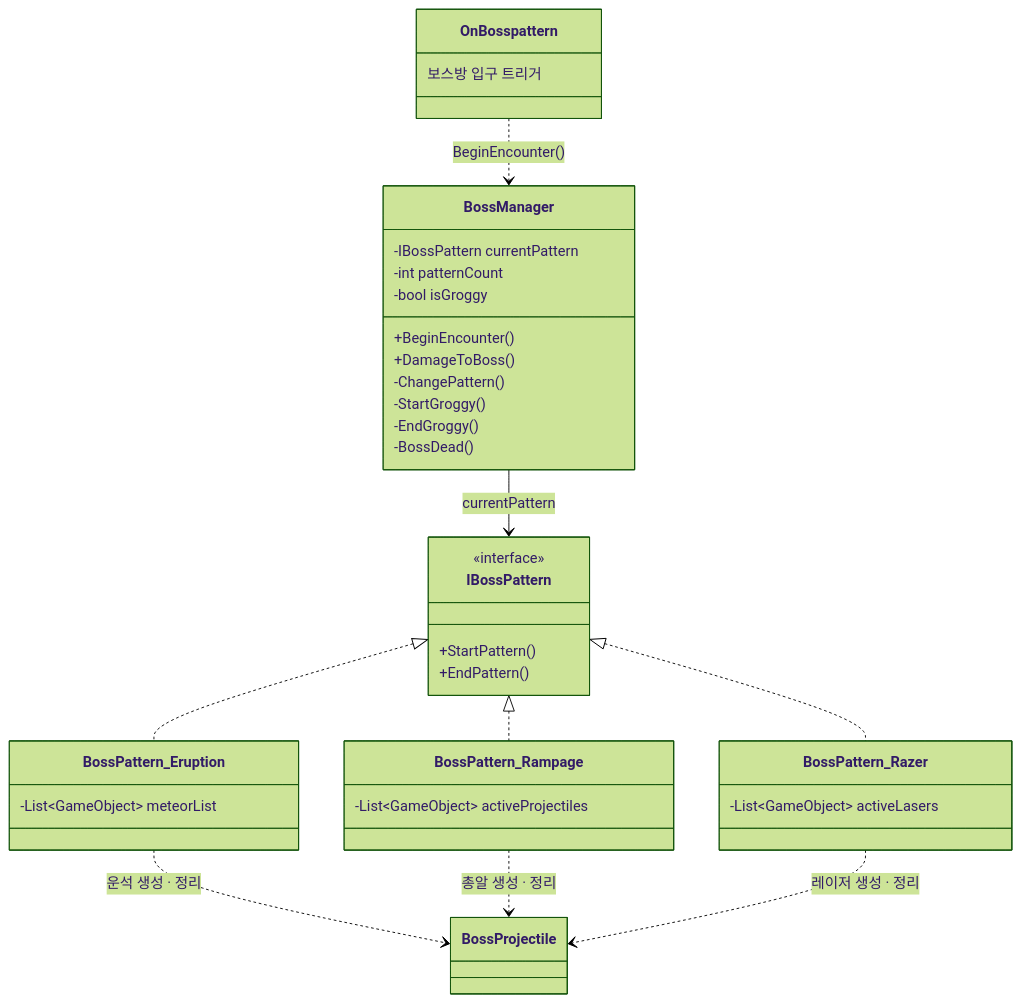
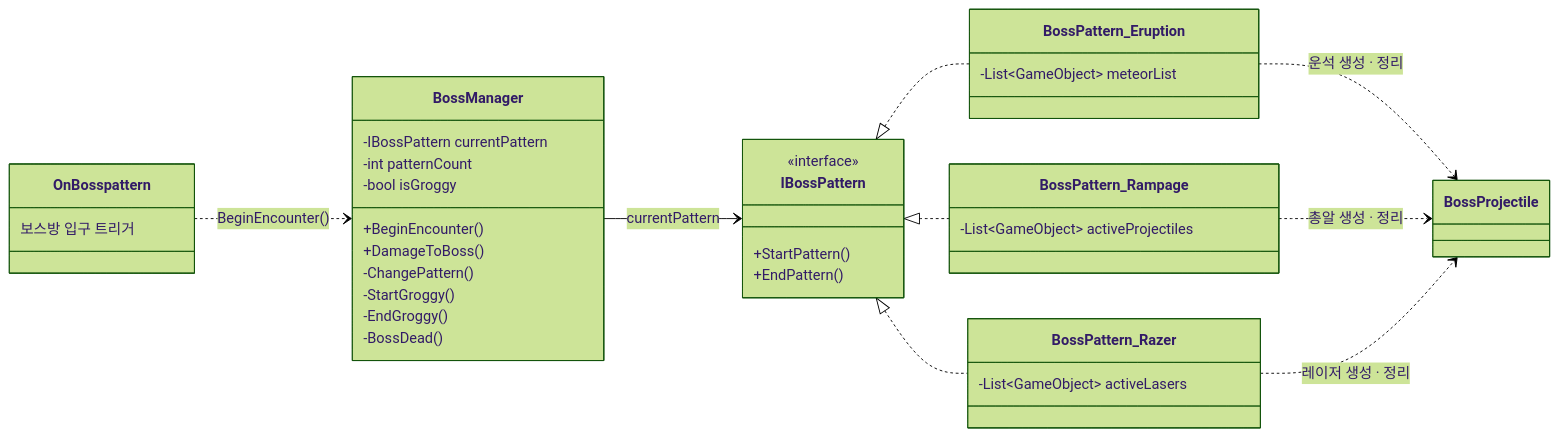
Before and after one commit to rlawlsdn77/portfolio: the sixth of 6 diagrams in src/Shifter/Shifter_기술문서.md, drawn with Mermaid (forest theme). The commit also changed other lines of this file and 8 other files, not shown here.

````diff
--- a/src/Shifter/Shifter_기술문서.md
+++ b/src/Shifter/Shifter_기술문서.md
@@ -322,41 +324,41 @@
 ```mermaid
 classDiagram
-    direction TB
+    direction LR
     class OnBosspattern {
         보스방 입구 트리거
     }
     class BossManager {
         -IBossPattern currentPattern
         -int patternCount
         -bool isGroggy
         +BeginEncounter()
         +DamageToBoss()
         -ChangePattern()
         -StartGroggy()
         -EndGroggy()
         -BossDead()
     }
     class IBossPattern {
         <<interface>>
         +StartPattern()
         +EndPattern()
     }
     class BossPattern_Eruption {
         -List~GameObject~ meteorList
     }
     class BossPattern_Rampage {
         -List~GameObject~ activeProjectiles
     }
     class BossPattern_Razer {
         -List~GameObject~ activeLasers
     }
 
     OnBosspattern ..> BossManager : BeginEncounter()
     BossManager --> IBossPattern : currentPattern
     IBossPattern <|.. BossPattern_Eruption
     IBossPattern <|.. BossPattern_Rampage
     IBossPattern <|.. BossPattern_Razer
     BossPattern_Eruption ..> BossProjectile : 운석 생성 · 정리
     BossPattern_Rampage ..> BossProjectile : 총알 생성 · 정리
     BossPattern_Razer ..> BossProjectile : 레이저 생성 · 정리
 ```
````
